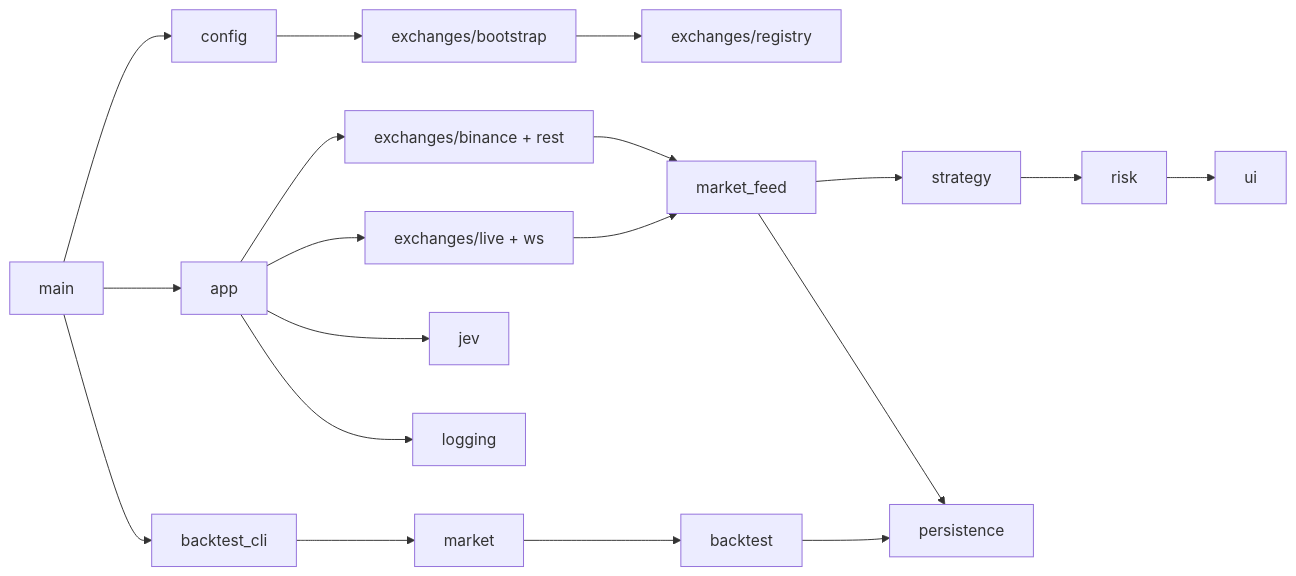
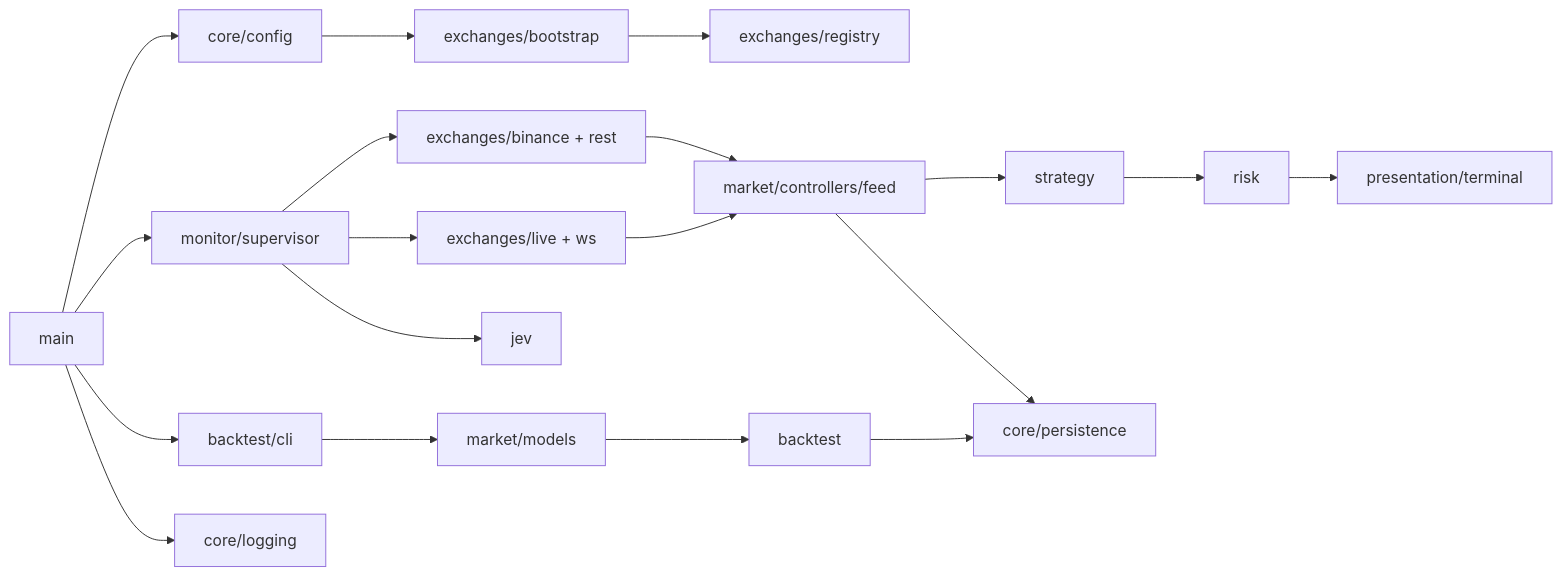
Before and after one commit to jcafeitosa/bot: the diagram in backend/docs/architecture/module-catalog.md, drawn with Mermaid. The commit also changed other lines of this file and 3 other files, not shown here.

First line of the commit message:
Atualiza documentação backend para layout core/modules/presentation.

````diff
--- a/backend/docs/architecture/module-catalog.md
+++ b/backend/docs/architecture/module-catalog.md
@@ -25,21 +25,21 @@
 ```mermaid
 flowchart LR
-  Main[main] --> Config[config]
-  Main --> Monitor[app]
-  Main --> BacktestCLI[backtest_cli]
+  Main[main] --> Config[core/config]
+  Main --> Supervisor[monitor/supervisor]
+  Main --> BacktestCLI[backtest/cli]
   Config --> Bootstrap[exchanges/bootstrap]
   Bootstrap --> Registry[exchanges/registry]
-  Monitor --> REST[exchanges/binance + rest]
-  Monitor --> WS[exchanges/live + ws]
-  REST --> Feed[market_feed]
+  Supervisor --> REST[exchanges/binance + rest]
+  Supervisor --> WS[exchanges/live + ws]
+  REST --> Feed[market/controllers/feed]
   WS --> Feed
   Feed --> Strategy[strategy]
   Strategy --> Risk[risk]
-  Risk --> UI[ui]
-  Feed --> Persist[persistence]
-  BacktestCLI --> Market[market]
+  Risk --> TUI[presentation/terminal]
+  Feed --> Persist[core/persistence]
+  BacktestCLI --> Market[market/models]
   Market --> Backtest[backtest]
   Backtest --> Persist
-  Monitor --> Jev[jev]
-  Monitor --> Logging[logging]
+  Supervisor --> Jev[jev]
+  Main --> Logging[core/logging]
 ```
````
